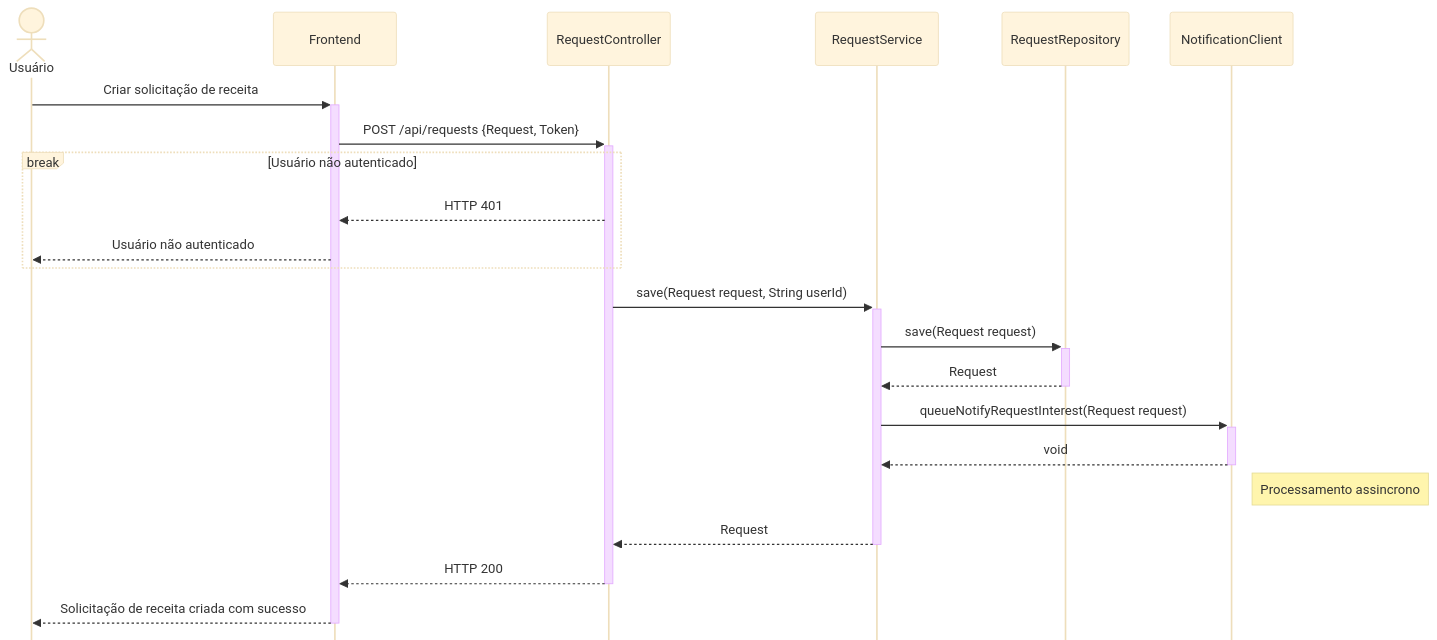
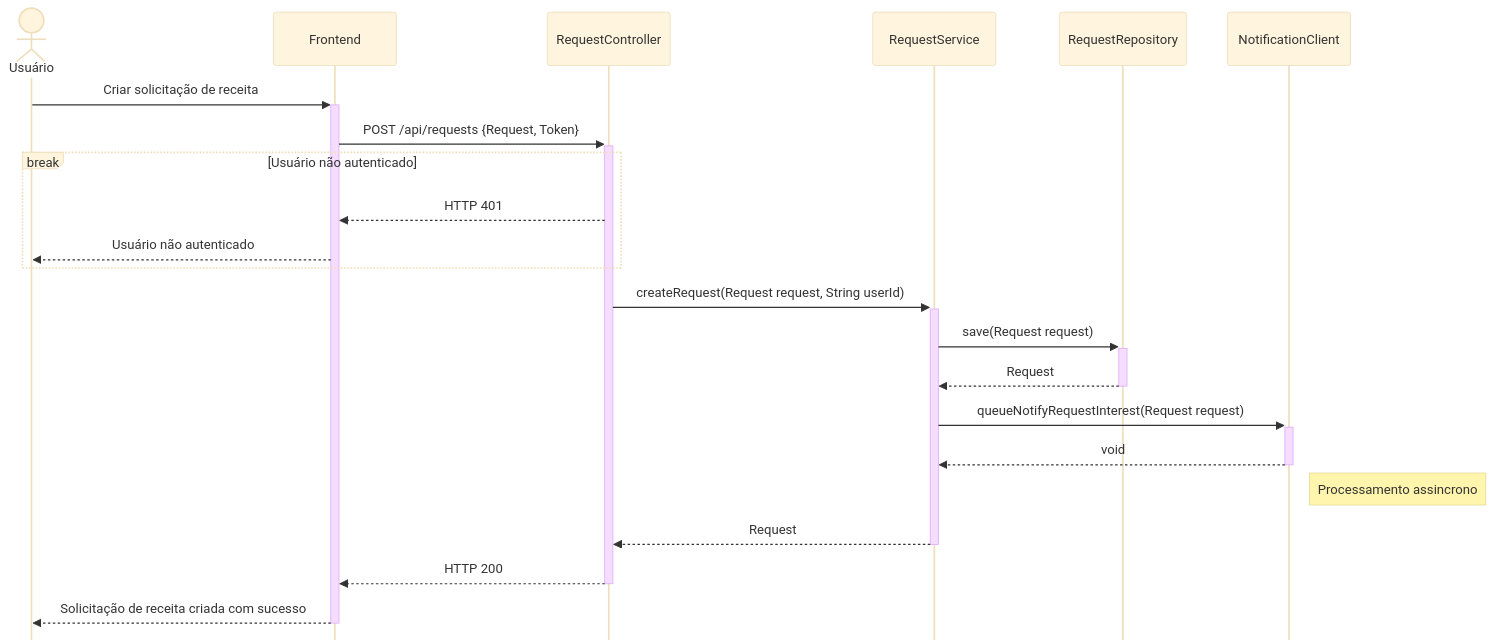
One commit to feliquisds/cooker-api changed the diagram in docs/Diagramas de Sequência/12 Criar solicitação de receita.mmd. Above: the diagram before and after it, drawn with Mermaid (base theme). The commit also changed 24 other files, not shown here.

```diff
--- a/docs/Diagramas de Sequência/12 Criar solicitação de receita.mmd
+++ b/docs/Diagramas de Sequência/12 Criar solicitação de receita.mmd
@@ -1,32 +1,32 @@
 ---
 config:
     mirrorActors: false
 ---
 
 sequenceDiagram
     actor U as Usuário
     participant F as Frontend
     participant C as RequestController
     participant S as RequestService
     participant R as RequestRepository
     participant N as NotificationClient
 
     U->>+F: Criar solicitação de receita
     F->>+C: POST /api/requests {Request, Token}
 
     break Usuário não autenticado
         C-->>F: HTTP 401
         F-->>U: Usuário não autenticado
     end
 
-    C->>+S: save(Request request, String userId)
+    C->>+S: createRequest(Request request, String userId)
     S->>+R: save(Request request)
     R-->>-S: Request
 
     S->>+N: queueNotifyRequestInterest(Request request)
     N-->>-S: void
     Note right of N: Processamento assincrono
 
     S-->>-C: Request
     C-->>-F: HTTP 200
     F-->>-U: Solicitação de receita criada com sucesso
```
